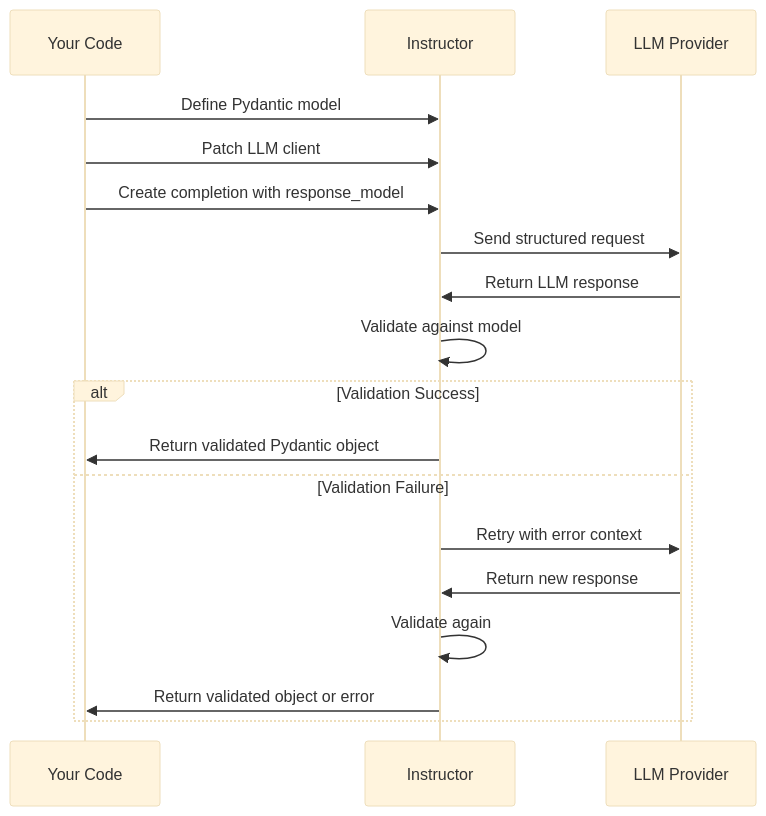
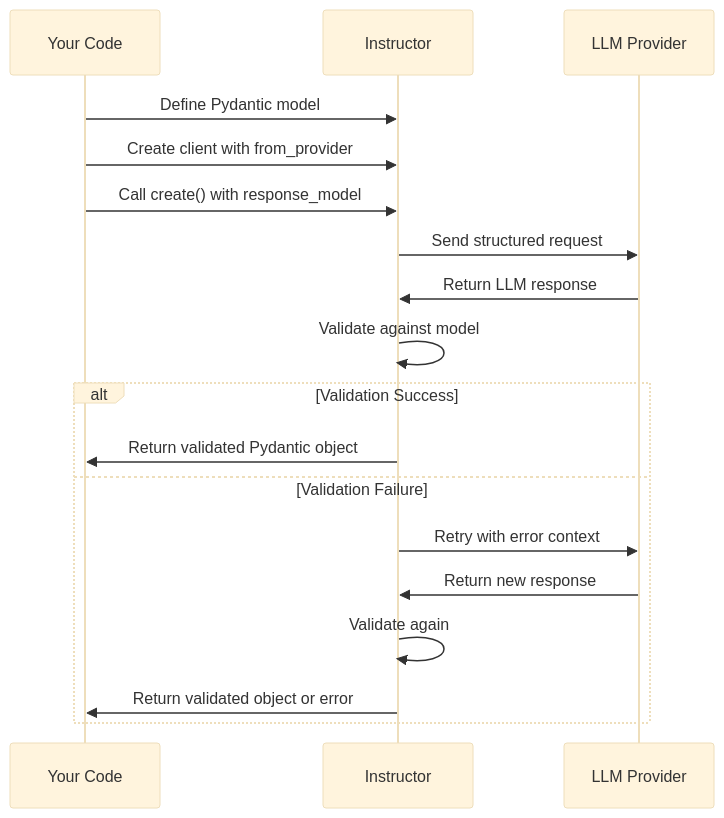
One commit to instructor-ai/instructor changed the diagram in docs/concepts/index.md. Above: the diagram before and after it, drawn with Mermaid (base theme). The commit also changed other lines of this file and 18 other files, not shown here.

````diff
--- a/docs/concepts/index.md
+++ b/docs/concepts/index.md
@@ -84,22 +84,22 @@
 ```mermaid
 sequenceDiagram
     participant User as Your Code
     participant Instructor
     participant LLM as LLM Provider
 
     User->>Instructor: Define Pydantic model
-    User->>Instructor: Patch LLM client
-    User->>Instructor: Create completion with response_model
+    User->>Instructor: Create client with from_provider
+    User->>Instructor: Call create() with response_model
     Instructor->>LLM: Send structured request
     LLM->>Instructor: Return LLM response
     Instructor->>Instructor: Validate against model
 
     alt Validation Success
         Instructor->>User: Return validated Pydantic object
     else Validation Failure
         Instructor->>LLM: Retry with error context
         LLM->>Instructor: Return new response
         Instructor->>Instructor: Validate again
         Instructor->>User: Return validated object or error
     end
 ```
````
